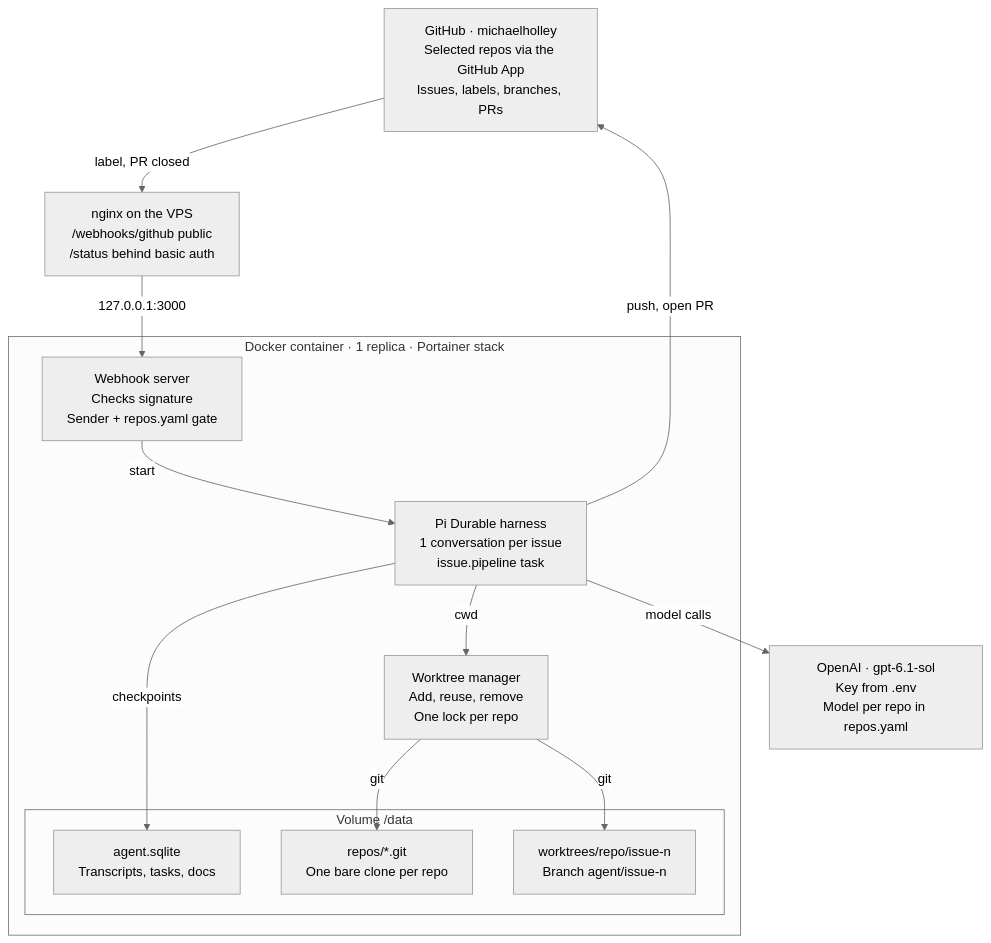
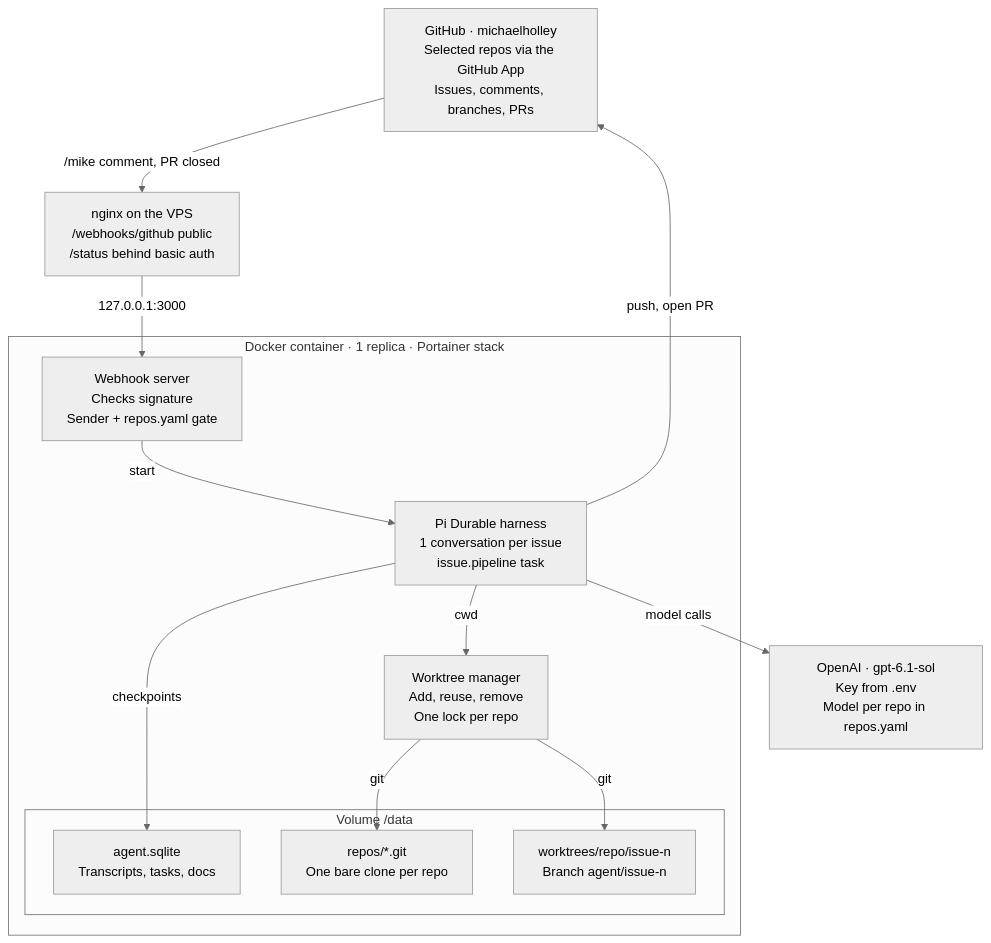
Before and after one commit to MichaelHolley/mike-factory: the diagram in PLAN.md, drawn with Mermaid (neutral theme). The commit also changed other lines of this file and 16 other files, not shown here.

First line of the commit message:
feat!: trigger runs with /mike issue comments instead of labels

````diff
--- a/PLAN.md
+++ b/PLAN.md
@@ -26,28 +26,28 @@
 ```mermaid
 flowchart TB
-    GH["GitHub · michaelholley<br/>Selected repos via the GitHub App<br/>Issues, labels, branches, PRs"]
+    GH["GitHub · michaelholley<br/>Selected repos via the GitHub App<br/>Issues, comments, branches, PRs"]
     LLM["OpenAI · gpt-6.1-sol<br/>Key from .env<br/>Model per repo in repos.yaml"]
     NG["nginx on the VPS<br/>/webhooks/github public<br/>/status behind basic auth"]
 
     subgraph C["Docker container · 1 replica · Portainer stack"]
         WH["Webhook server<br/>Checks signature<br/>Sender + repos.yaml gate"]
         H["Pi Durable harness<br/>1 conversation per issue<br/>issue.pipeline task"]
         WM["Worktree manager<br/>Add, reuse, remove<br/>One lock per repo"]
 
         subgraph V["Volume /data"]
             DB["agent.sqlite<br/>Transcripts, tasks, docs"]
             BARE["repos/*.git<br/>One bare clone per repo"]
             WT["worktrees/repo/issue-n<br/>Branch agent/issue-n"]
         end
     end
 
-    GH -- "label, PR closed" --> NG
+    GH -- "/mike comment, PR closed" --> NG
     NG -- "127.0.0.1:3000" --> WH
     WH -- start --> H
     H -- "push, open PR" --> GH
     H -- "model calls" --> LLM
     H -- cwd --> WM
     H -- checkpoints --> DB
     WM -- git --> BARE
     WM -- git --> WT
 ```
````
